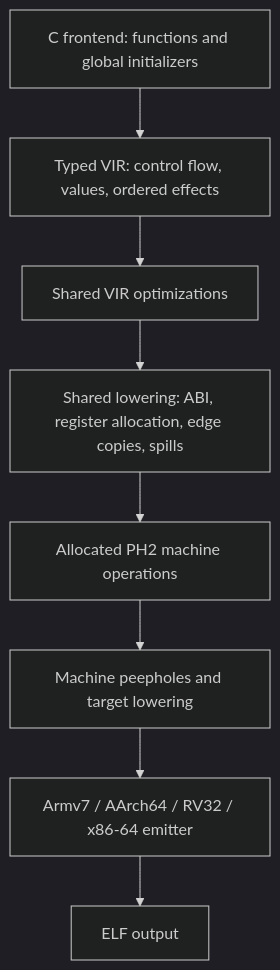
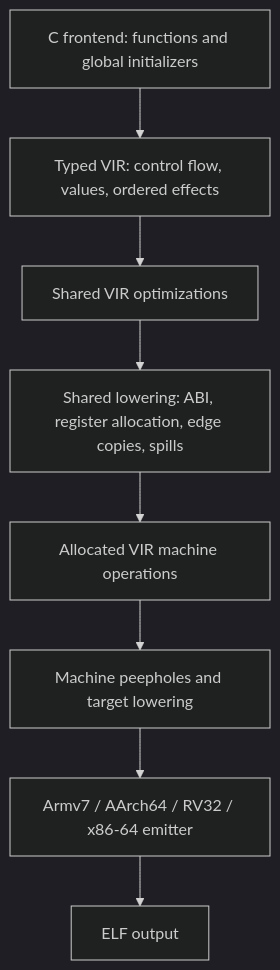
The first of 3 diagrams in docs/vir.md (sysprog21/shecc), drawn with Mermaid (dark theme) before and after one commit. The commit also changed other lines of this file and 23 other files, not shown here.

First line of the commit message:
Fold the phase 2 IR into VIR's machine layer

````diff
--- a/docs/vir.md
+++ b/docs/vir.md
@@ -15,12 +15,12 @@
 ```mermaid
 flowchart TD
     C["C frontend: functions and global initializers"]
     V["Typed VIR: control flow, values, ordered effects"]
     O["Shared VIR optimizations"]
     L["Shared lowering: ABI, register allocation, edge copies, spills"]
-    P["Allocated PH2 machine operations"]
+    P["Allocated VIR machine operations"]
     T["Machine peepholes and target lowering"]
     E["Armv7 / AArch64 / RV32 / x86-64 emitter"]
     ELF["ELF output"]
     C --> V --> O --> L --> P --> T --> E --> ELF
 ```
````
